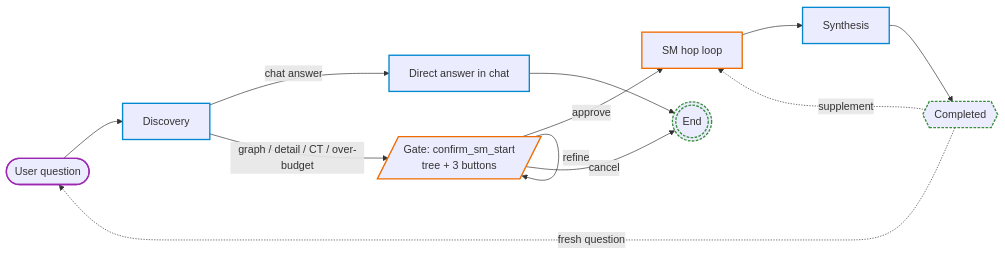
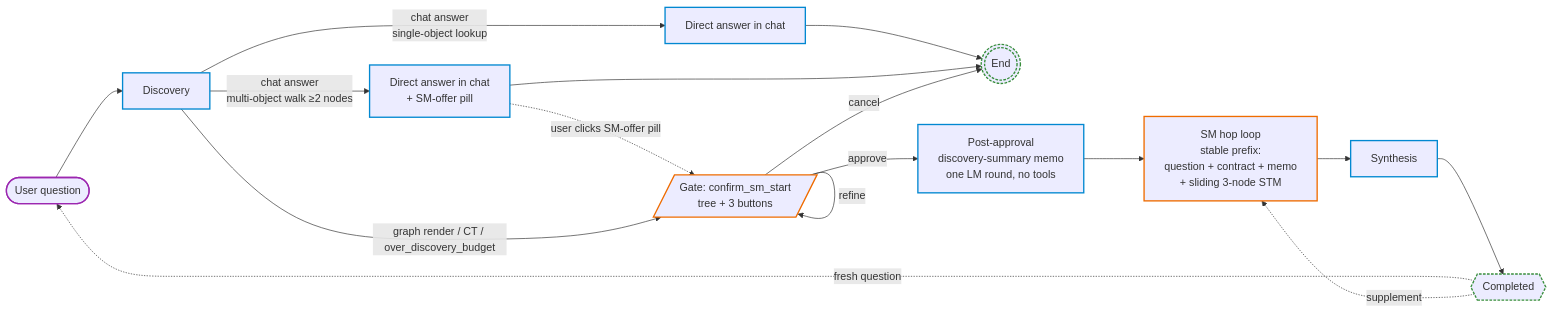
The first of 7 diagrams in docs/ARCHITECTURE.md (ChrisDevRepo/vscode_data_lineage), drawn with Mermaid before and after one commit. The commit also changed other lines of this file and 9 other files, not shown here.

````diff
--- a/docs/ARCHITECTURE.md
+++ b/docs/ARCHITECTURE.md
@@ -9,19 +9,23 @@
 ```mermaid
 flowchart LR
     U([User question]):::user --> D[Discovery]:::ai
-    D -->|chat answer| R1[Direct answer in chat]:::ai
+    D -->|chat answer<br/>single-object lookup| R1[Direct answer in chat]:::ai
     R1 --> EX(((End))):::done
-    D -->|graph / detail / CT / over-budget| GG[/Gate: confirm_sm_start<br/>tree + 3 buttons/]:::engine
-    GG -->|approve| SM[SM hop loop]:::engine
+    D -->|chat answer<br/>multi-object walk ≥2 nodes| R2[Direct answer in chat<br/>+ SM-offer pill]:::ai
+    R2 --> EX
+    R2 -.->|user clicks SM-offer pill| GG
+    D -->|graph render / CT / over_discovery_budget| GG[/Gate: confirm_sm_start<br/>tree + 3 buttons/]:::engine
+    GG -->|approve| CMP[Post-approval<br/>discovery-summary memo<br/>one LM round, no tools]:::ai
+    CMP --> SM[SM hop loop<br/>stable prefix:<br/>question + contract + memo<br/>+ sliding 3-node STM]:::engine
     GG -->|refine| GG
     GG -->|cancel| EX
     SM --> SY[Synthesis]:::ai
     SY --> C{{Completed}}:::done
     C -.->|fresh question| U
     C -.->|supplement| SM
 
     classDef user stroke:#9c27b0,stroke-width:2px
     classDef ai stroke:#0288d1,stroke-width:2px
     classDef engine stroke:#ef6c00,stroke-width:2px
     classDef done stroke:#388e3c,stroke-width:2px,stroke-dasharray:4 2
 ```
````
